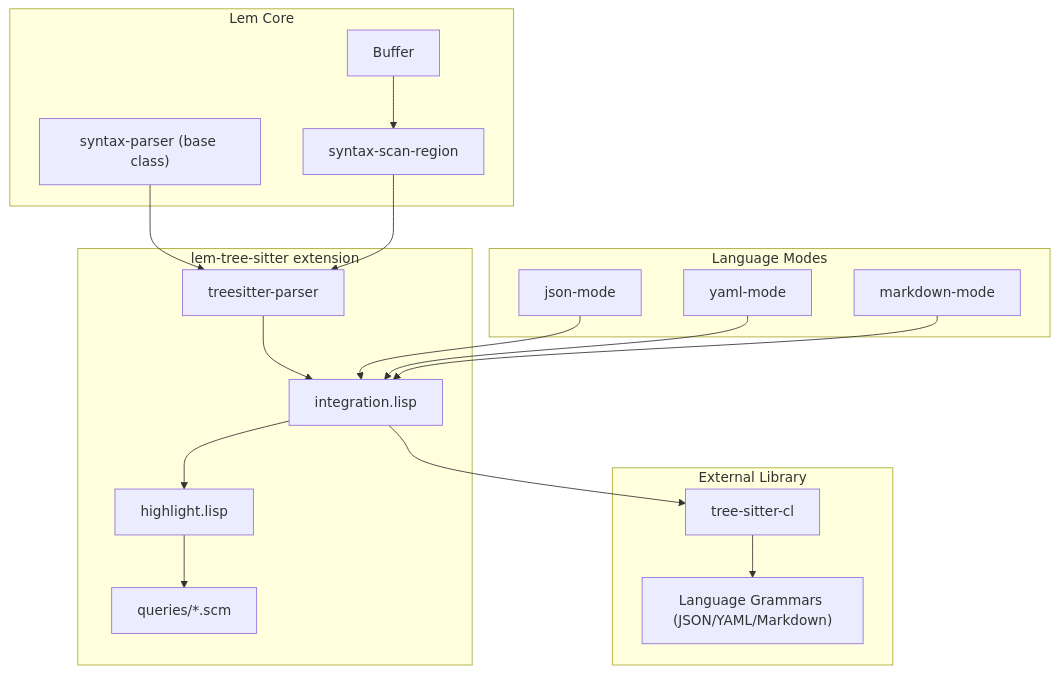
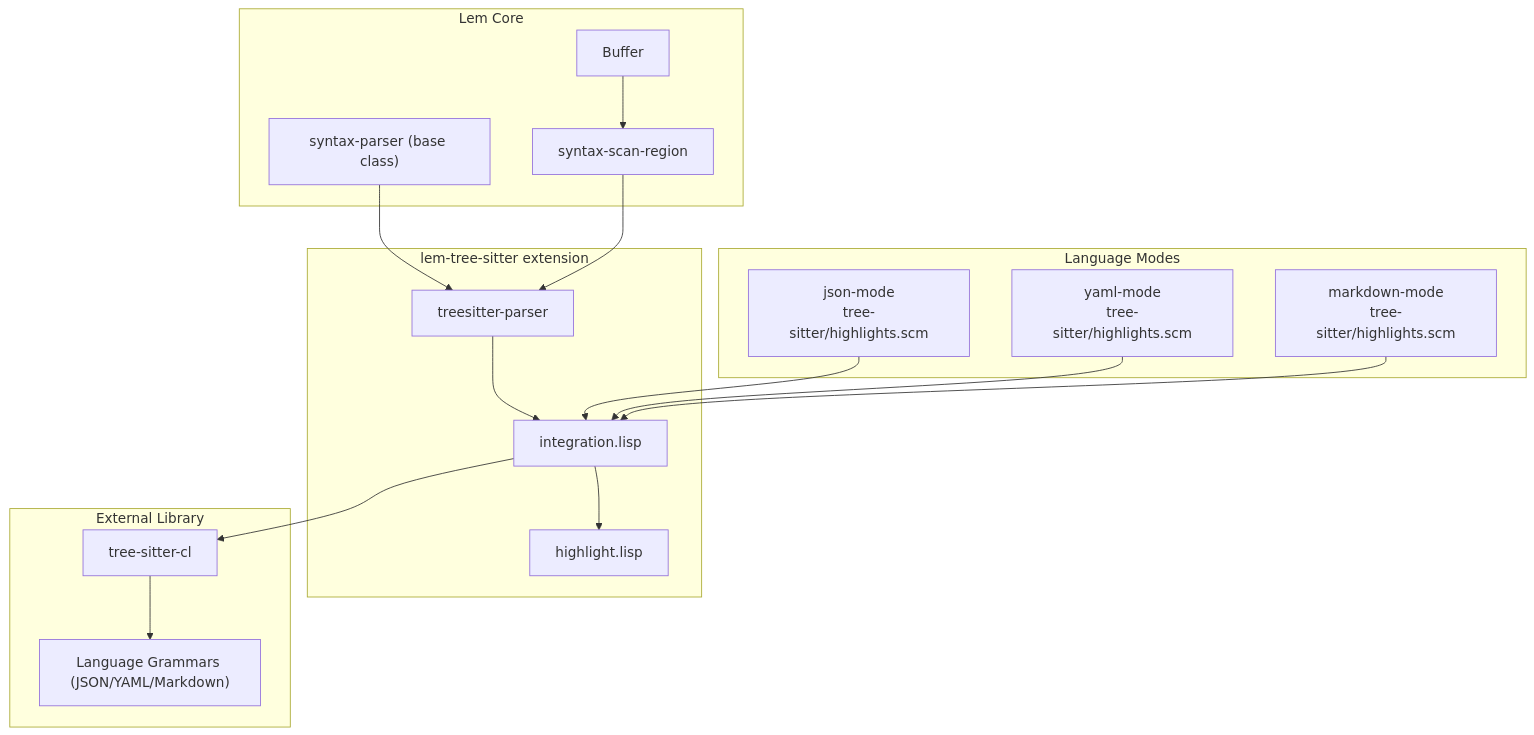
One commit to lem-project/lem changed the first of 3 diagrams in ARCHITECTURE.md. Above: the diagram before and after it, drawn with Mermaid. The commit also changed other lines of this file, not shown here.

First line of the commit message:
docs: update ARCHITECTURE.md to reflect recent changes

````diff
--- a/ARCHITECTURE.md
+++ b/ARCHITECTURE.md
@@ -33,40 +33,38 @@
 ```mermaid
 flowchart TB
     subgraph Core ["Lem Core"]
         SyntaxParser["syntax-parser (base class)"]
         SyntaxScan["syntax-scan-region"]
         Buffer["Buffer"]
     end
 
     subgraph TreeSitter ["lem-tree-sitter extension"]
         TSParser["treesitter-parser"]
         Highlight["highlight.lisp"]
         Integration["integration.lisp"]
-        Queries["queries/*.scm"]
     end
 
     subgraph External ["External Library"]
         TSLib["tree-sitter-cl"]
         Grammars["Language Grammars (JSON/YAML/Markdown)"]
     end
 
     subgraph Modes ["Language Modes"]
-        JSON["json-mode"]
-        YAML["yaml-mode"]
-        Markdown["markdown-mode"]
+        JSON["json-mode<br/>tree-sitter/highlights.scm"]
+        YAML["yaml-mode<br/>tree-sitter/highlights.scm"]
+        Markdown["markdown-mode<br/>tree-sitter/highlights.scm"]
     end
 
     SyntaxParser --> TSParser
     TSParser --> Integration
     Integration --> Highlight
-    Highlight --> Queries
     Integration --> TSLib
     TSLib --> Grammars
 
     JSON --> Integration
     YAML --> Integration
     Markdown --> Integration
 
     SyntaxScan --> TSParser
     Buffer --> SyntaxScan
 ```
````
